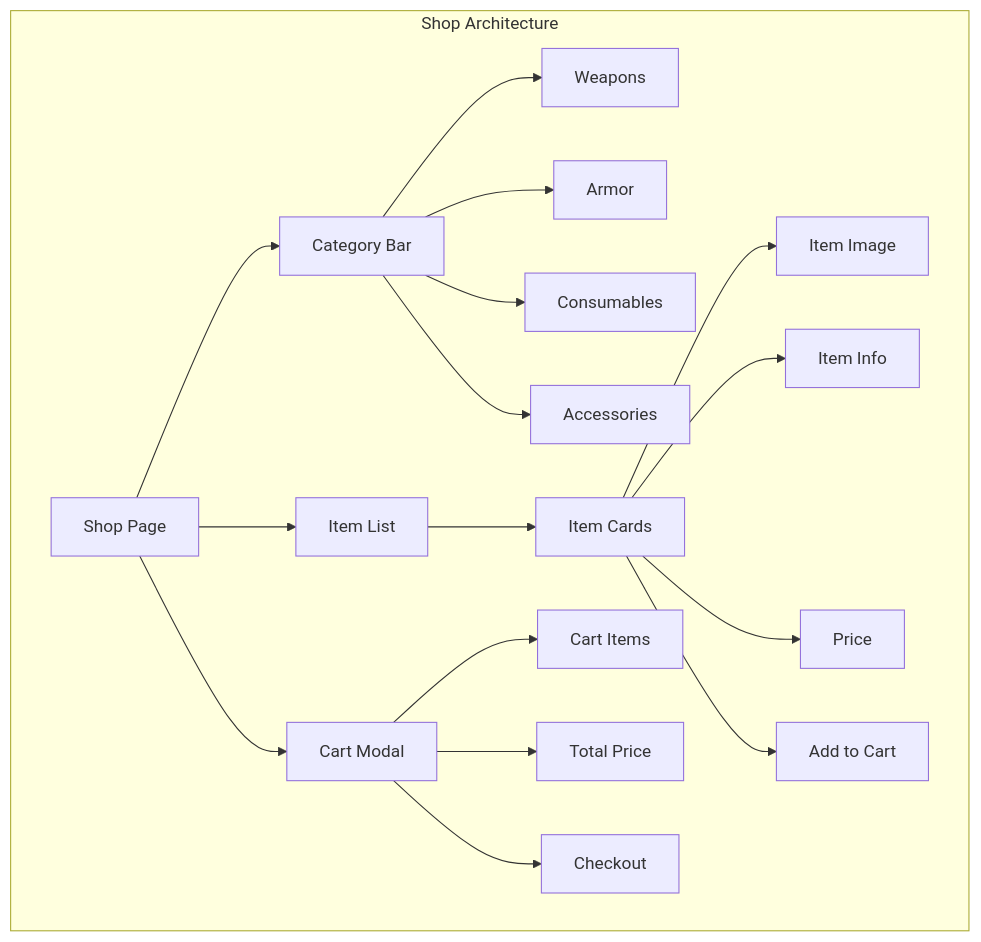
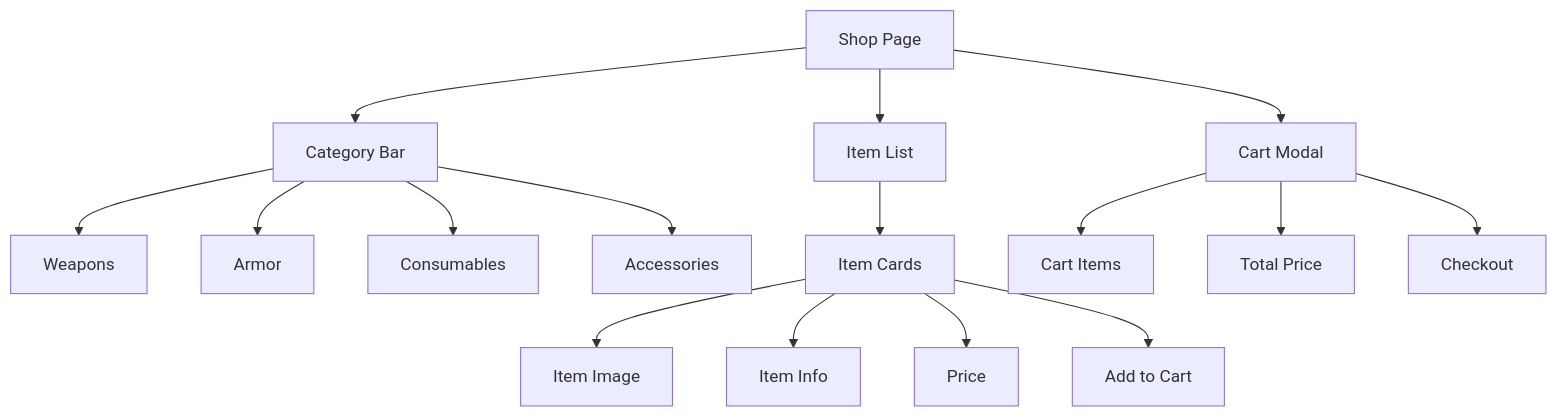
Before and after one commit to ma1iik/PlayerOne: diagram 12 of 20 in FRONTEND_ARCHITECTURE.md, drawn with Mermaid. The commit also changed other lines of this file, not shown here.

````diff
--- a/FRONTEND_ARCHITECTURE.md
+++ b/FRONTEND_ARCHITECTURE.md
@@ -303,23 +297,21 @@
 ```mermaid
 graph TB
-    subgraph "Shop Architecture"
-        A[Shop Page] --> B[Category Bar]
-        A --> C[Item List]
-        A --> D[Cart Modal]
-        
-        B --> E[Weapons]
-        B --> F[Armor]
-        B --> G[Consumables]
-        B --> H[Accessories]
-        
-        C --> I[Item Cards]
-        I --> J[Item Image]
-        I --> K[Item Info]
-        I --> L[Price]
-        I --> M[Add to Cart]
-        
-        D --> N[Cart Items]
-        D --> O[Total Price]
-        D --> P[Checkout]
-    end
+    A[Shop Page] --> B[Category Bar]
+    A --> C[Item List]
+    A --> D[Cart Modal]
+    
+    B --> E[Weapons]
+    B --> F[Armor]
+    B --> G[Consumables]
+    B --> H[Accessories]
+    
+    C --> I[Item Cards]
+    I --> J[Item Image]
+    I --> K[Item Info]
+    I --> L[Price]
+    I --> M[Add to Cart]
+    
+    D --> N[Cart Items]
+    D --> O[Total Price]
+    D --> P[Checkout]
 ```
````
